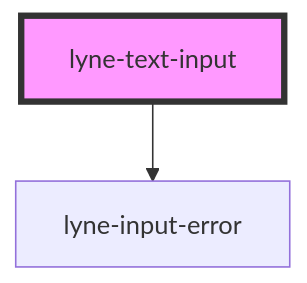
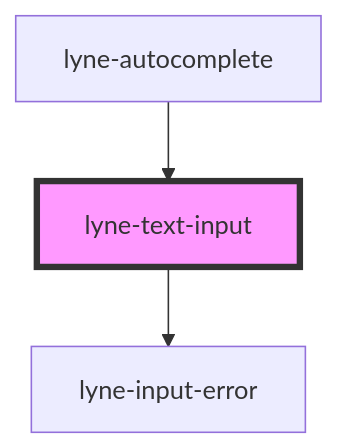
One commit to sbb-design-systems/lyne-components changed the diagram in src/components/lyne-text-input/readme.md. Above: the diagram before and after it, drawn with Mermaid. The commit also changed other lines of this file, not shown here.

Commit message:
docs: update after using text-input for autocomplete

````diff
--- a/src/components/lyne-text-input/readme.md
+++ b/src/components/lyne-text-input/readme.md
@@ -42,5 +46,6 @@
 ```mermaid
 graph TD;
   lyne-text-input --> lyne-input-error
+  lyne-autocomplete --> lyne-text-input
   style lyne-text-input fill:#f9f,stroke:#333,stroke-width:4px
 ```
````
